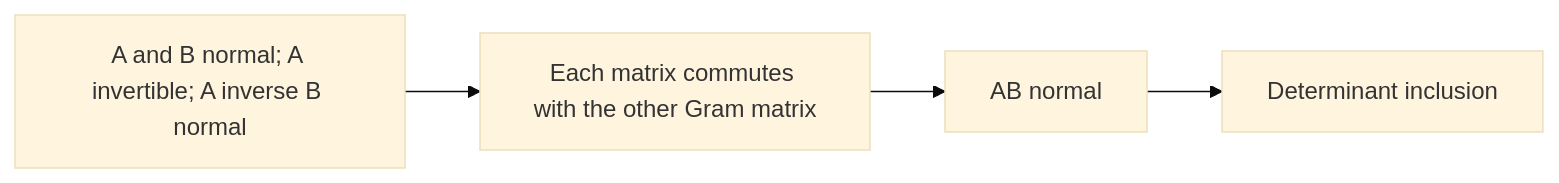
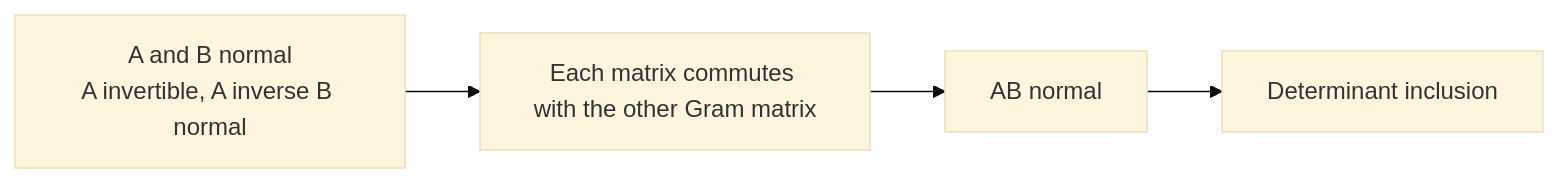
Before and after one commit to ascendnoosphere/MOC: the second of 2 diagrams in Docs/normal-products-proof-map.md, drawn with Mermaid (base theme). The commit also changed other lines of this file and 11 other files, not shown here.

````diff
--- a/Docs/normal-products-proof-map.md
+++ b/Docs/normal-products-proof-map.md
@@ -115,8 +133,8 @@
 ```mermaid
 flowchart LR
-    R["A and B normal; A invertible; A inverse B normal"]
+    R["A and B normal<br/>A invertible, A inverse B normal"]
     G["Each matrix commutes with the other Gram matrix"]
     P["AB normal"]
     M["Determinant inclusion"]
     R --> G --> P --> M
 ```
````
